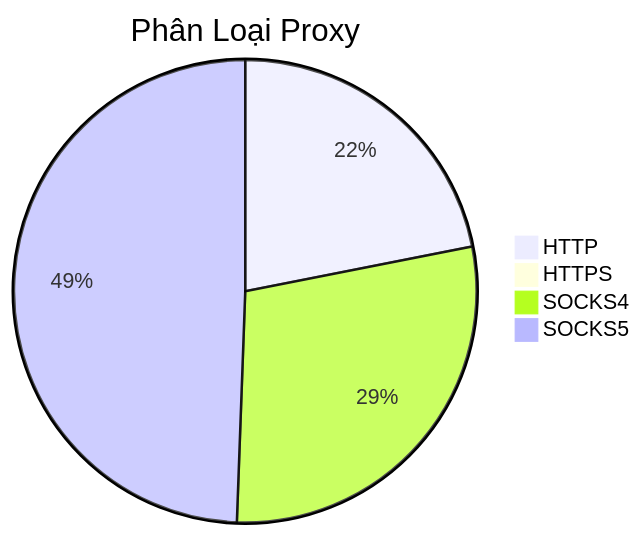
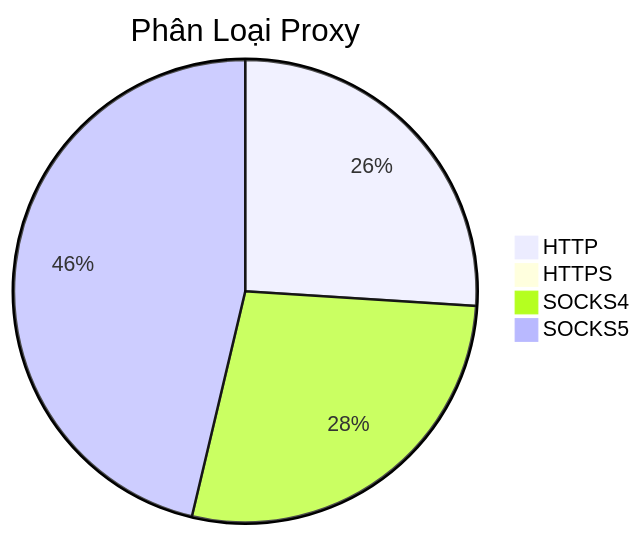
One commit to Ciara-Aa/PROXY-free changed the diagram in README.md. Above: the diagram before and after it, drawn with Mermaid. The commit also changed other lines of this file and 4 other files, not shown here.

````diff
--- a/README.md
+++ b/README.md
@@ -26,7 +26,7 @@
 ```mermaid
 pie title Phân Loại Proxy
-    "HTTP" : 265
-    "HTTPS" : 0
-    "SOCKS4" : 347
-    "SOCKS5" : 598
+    "HTTP" : 295
+    "HTTPS" : 1
+    "SOCKS4" : 314
+    "SOCKS5" : 525
 ```
````
